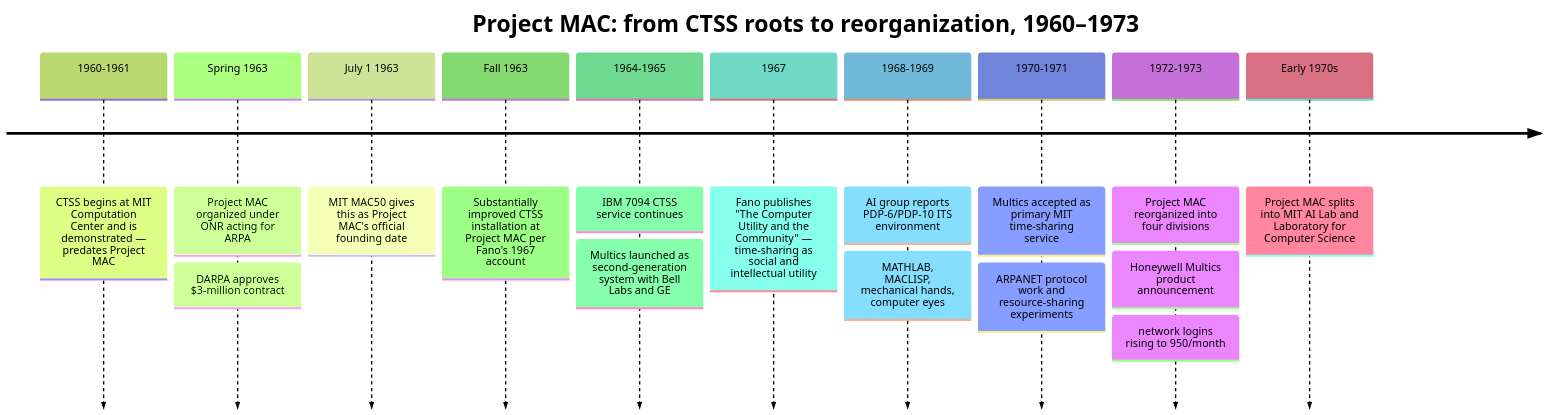
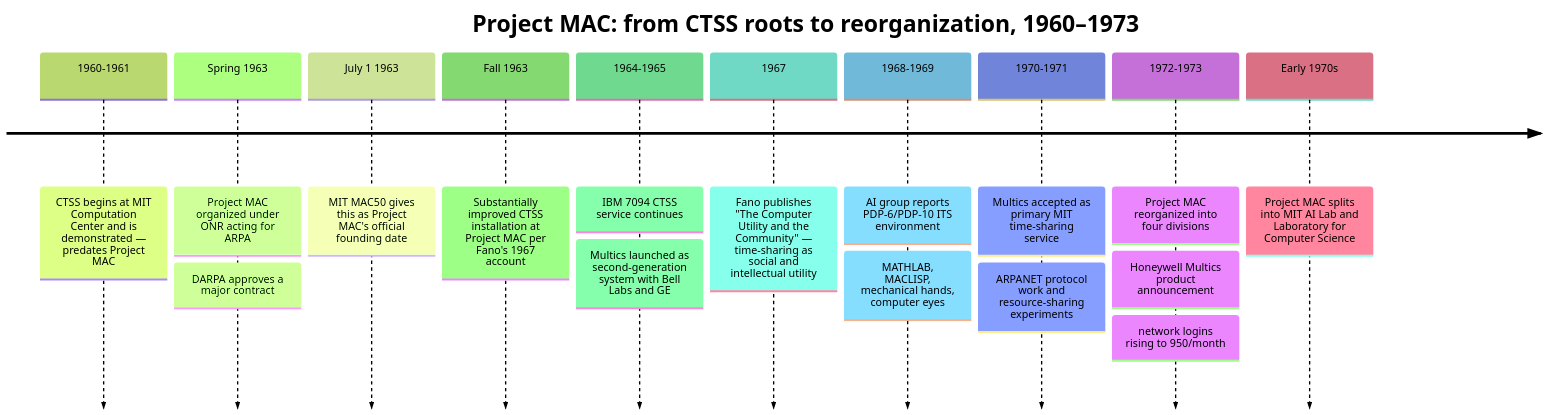
The diagram in src/content/docs/ai-history/ch-20-project-mac.md (kube-dojo/kube-dojo), drawn with Mermaid (forest theme) before and after one commit. The commit also changed other lines of this file and 2 other files, not shown here.

````diff
--- a/src/content/docs/ai-history/ch-20-project-mac.md
+++ b/src/content/docs/ai-history/ch-20-project-mac.md
@@ -30,14 +30,14 @@
 ```mermaid
 timeline
     title Project MAC: from CTSS roots to reorganization, 1960–1973
     1960-1961 : CTSS begins at MIT Computation Center and is demonstrated — predates Project MAC
-    Spring 1963 : Project MAC organized under ONR acting for ARPA : DARPA approves $3-million contract
+    Spring 1963 : Project MAC organized under ONR acting for ARPA : DARPA approves a major contract
     July 1 1963 : MIT MAC50 gives this as Project MAC's official founding date
     Fall 1963 : Substantially improved CTSS installation at Project MAC per Fano's 1967 account
     1964-1965 : IBM 7094 CTSS service continues : Multics launched as second-generation system with Bell Labs and GE
     1967 : Fano publishes "The Computer Utility and the Community" — time-sharing as social and intellectual utility
     1968-1969 : AI group reports PDP-6/PDP-10 ITS environment : MATHLAB, MACLISP, mechanical hands, computer eyes
     1970-1971 : Multics accepted as primary MIT time-sharing service : ARPANET protocol work and resource-sharing experiments
     1972-1973 : Project MAC reorganized into four divisions : Honeywell Multics product announcement : network logins rising to 950/month
     Early 1970s : Project MAC splits into MIT AI Lab and Laboratory for Computer Science
 ```
````
